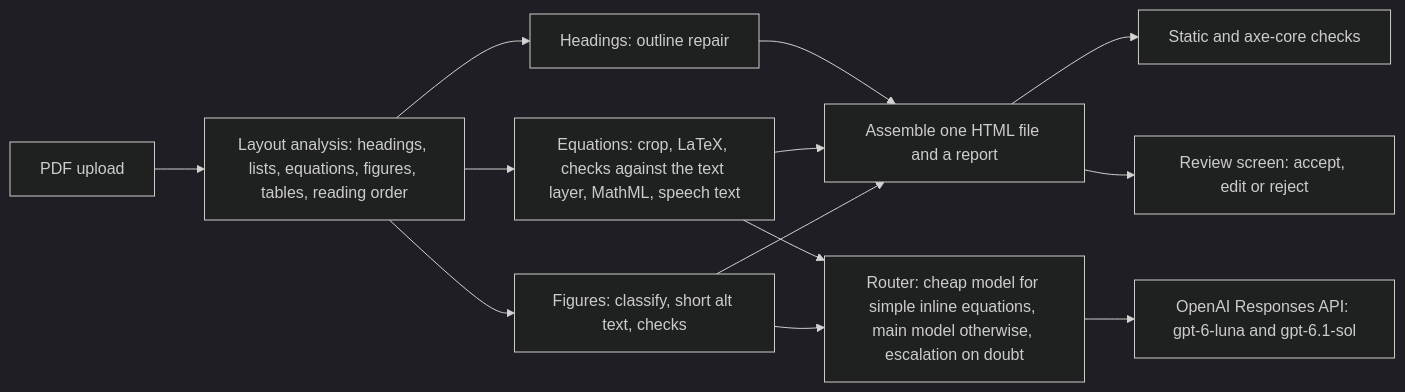
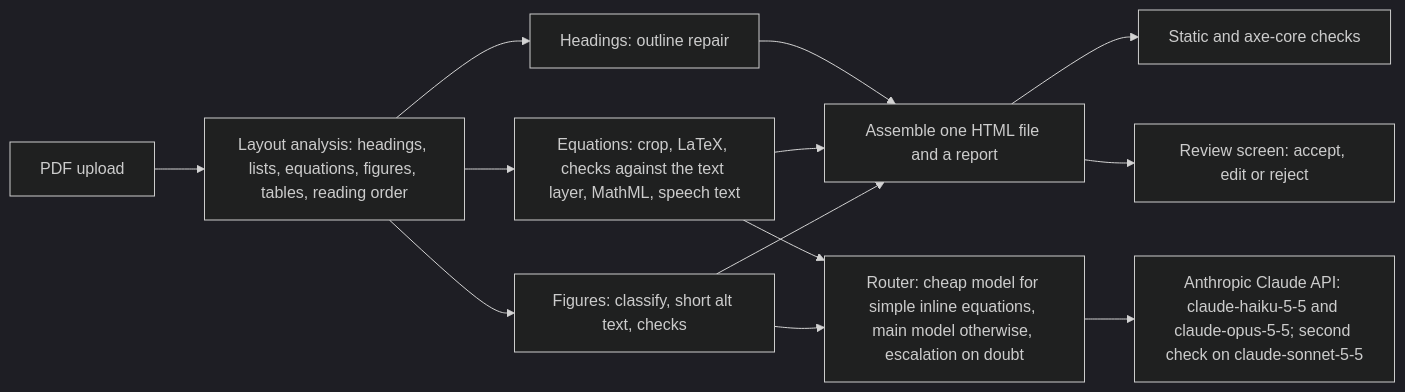
Before and after one commit to harishm17/readablestem: the diagram in README.md, drawn with Mermaid (dark theme). The commit also changed other lines of this file and 363 other files, not shown here.

````diff
--- a/README.md
+++ b/README.md
@@ -224,12 +227,12 @@
 ```mermaid
 flowchart LR
   PDF[PDF upload] --> L[Layout analysis: headings, lists, equations, figures, tables, reading order]
   L --> H[Headings: outline repair]
   L --> E[Equations: crop, LaTeX, checks against the text layer, MathML, speech text]
   L --> F[Figures: classify, short alt text, checks]
   E & F --> R[Router: cheap model for simple inline equations, main model otherwise, escalation on doubt]
-  R --> M[OpenAI Responses API: gpt-6-luna and gpt-6.1-sol]
+  R --> M[Anthropic Claude API: claude-haiku-5-5 and claude-opus-5-5; second check on claude-sonnet-5-5]
   H & E & F --> A[Assemble one HTML file and a report]
   A --> C[Static and axe-core checks]
   A --> V[Review screen: accept, edit or reject]
 ```
````
